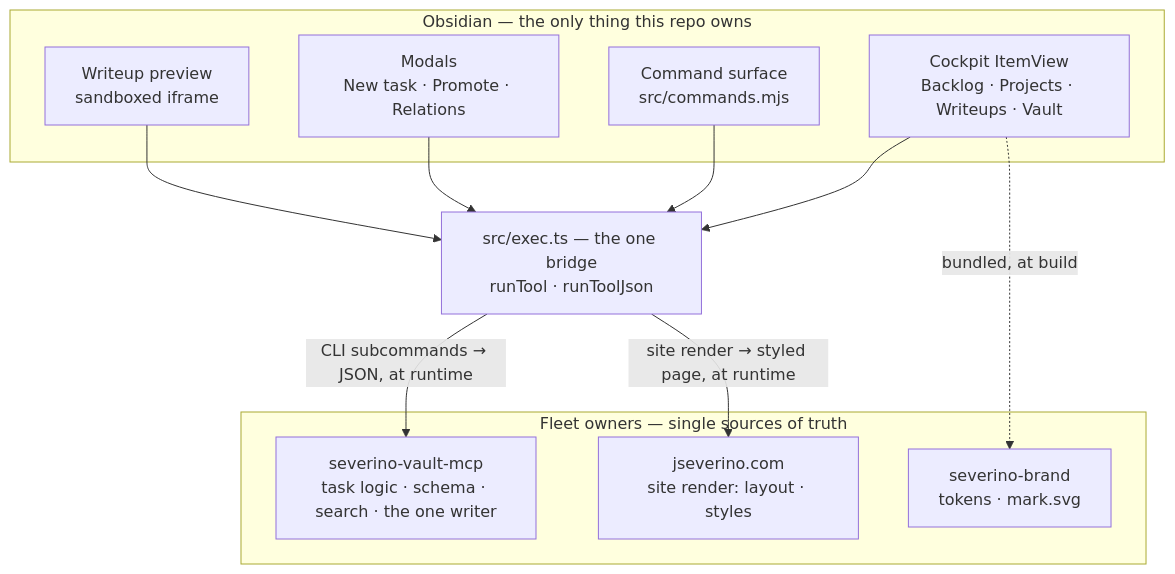
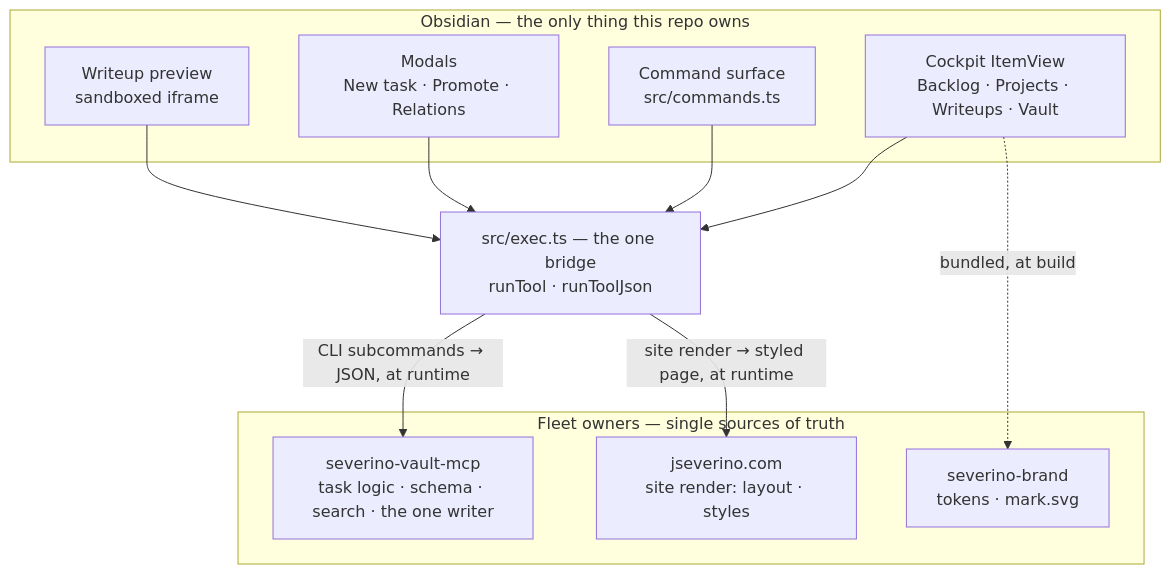
Before and after one commit to joeseverino/severino-obsidian: the diagram in docs/diagrams/architecture.mmd, drawn with Mermaid. The commit also changed 57 other files, not shown here.

```diff
--- a/docs/diagrams/architecture.mmd
+++ b/docs/diagrams/architecture.mmd
@@ -1,24 +1,24 @@
 flowchart TB
     subgraph editor["Obsidian — the only thing this repo owns"]
         cockpit["Cockpit ItemView<br/>Backlog · Projects · Writeups · Vault"]
-        cmds["Command surface<br/>src/commands.mjs"]
+        cmds["Command surface<br/>src/commands.ts"]
         modals["Modals<br/>New task · Promote · Relations"]
         preview["Writeup preview<br/>sandboxed iframe"]
     end
 
     bridge["src/exec.ts — the one bridge<br/>runTool · runToolJson"]
 
     cockpit --> bridge
     cmds --> bridge
     modals --> bridge
     preview --> bridge
 
     subgraph owners["Fleet owners — single sources of truth"]
         mcp["severino-vault-mcp<br/>task logic · schema · search · the one writer"]
         site["jseverino.com<br/>site render: layout · styles"]
         brand["severino-brand<br/>tokens · mark.svg"]
     end
 
     bridge -->|"CLI subcommands → JSON, at runtime"| mcp
     bridge -->|"site render → styled page, at runtime"| site
     cockpit -.->|"bundled, at build"| brand
```
